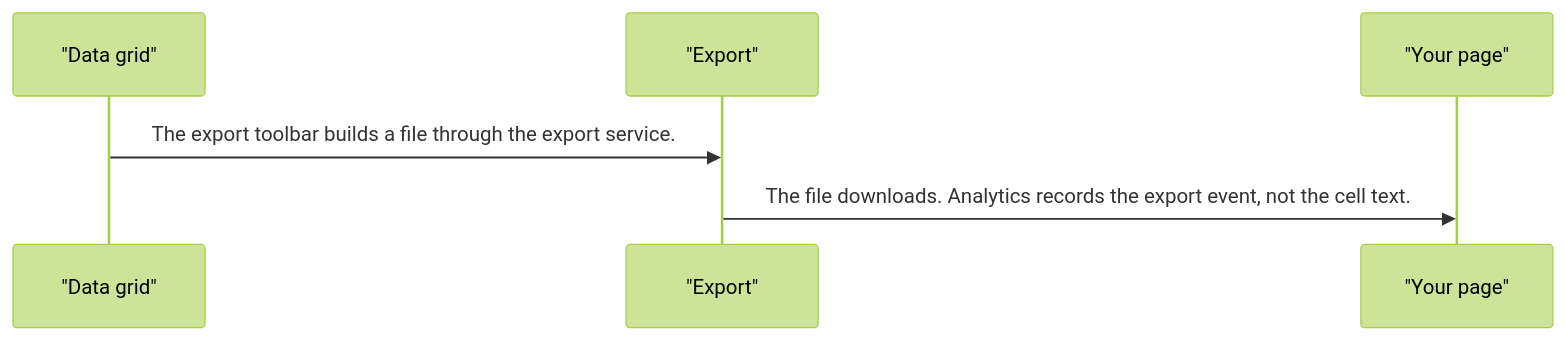
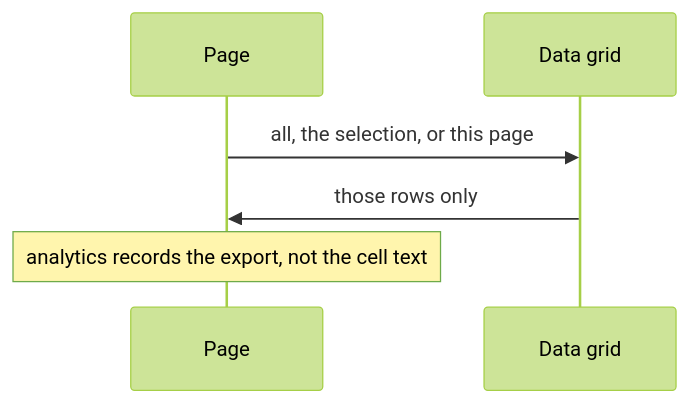
Before and after one commit to RajshekharBorate/pixel-ui: the sixth of 6 diagrams in projects/pixel-ui/src/lib/pixel-data-grid/DESIGN.md, drawn with Mermaid (forest theme). The commit also changed other lines of this file and 73 other files, not shown here.

Commit message:
Explain who owns each value and what each flow does in every component and service design.

````diff
--- a/projects/pixel-ui/src/lib/pixel-data-grid/DESIGN.md
+++ b/projects/pixel-ui/src/lib/pixel-data-grid/DESIGN.md
@@ -115,8 +154,8 @@
 ```mermaid
 sequenceDiagram
-  participant grid as "Data grid"
-  participant export as "Export"
-  participant page as "Your page"
-  grid->>export: The export toolbar builds a file through the export service.
-  export->>page: The file downloads. Analytics records the export event, not the cell text.
+  participant Page
+  participant Grid as Data grid
+  Page->>Grid: all, the selection, or this page
+  Grid->>Page: those rows only
+  Note over Page: analytics records the export, not the cell text
 ```
````
